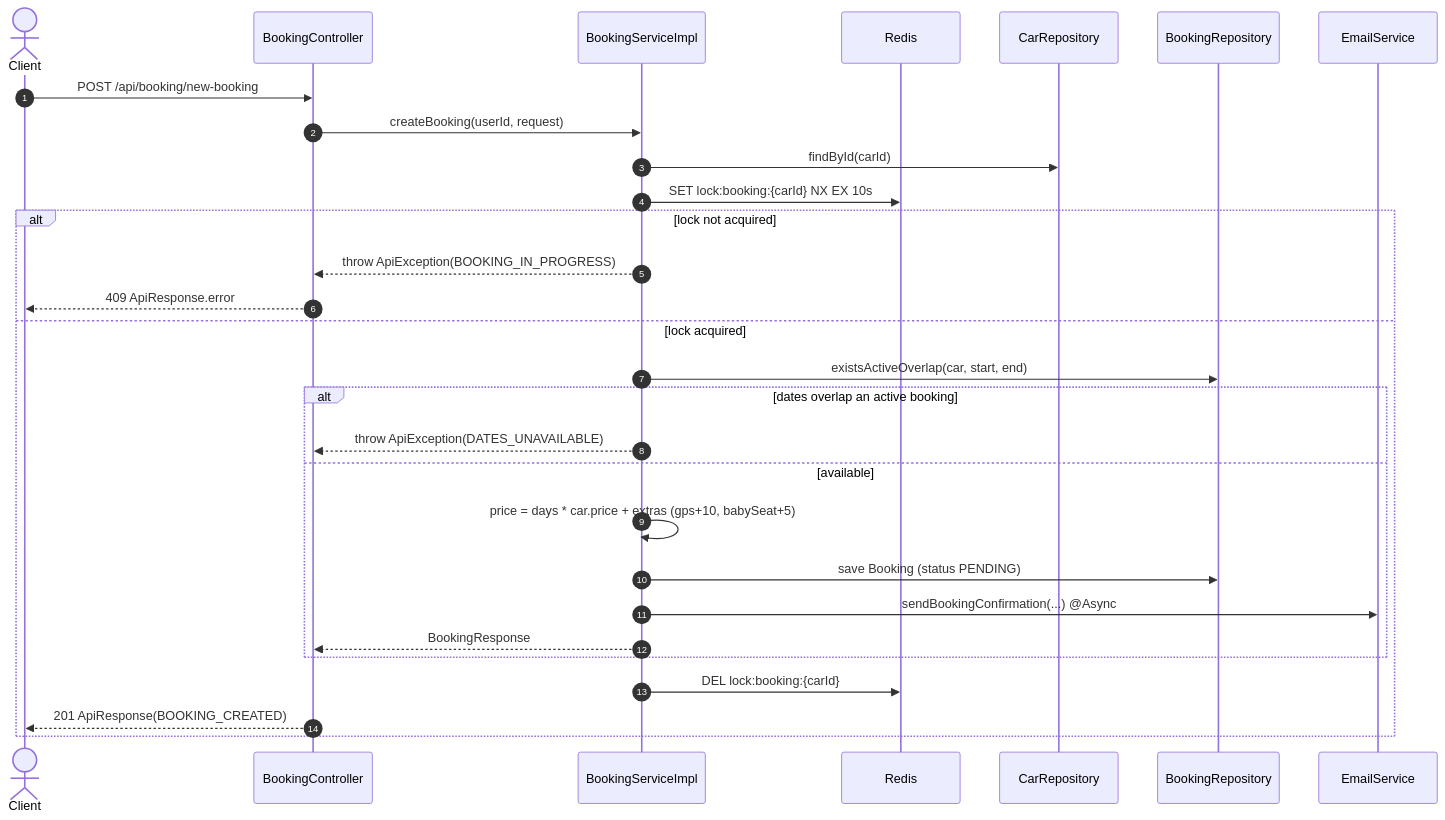
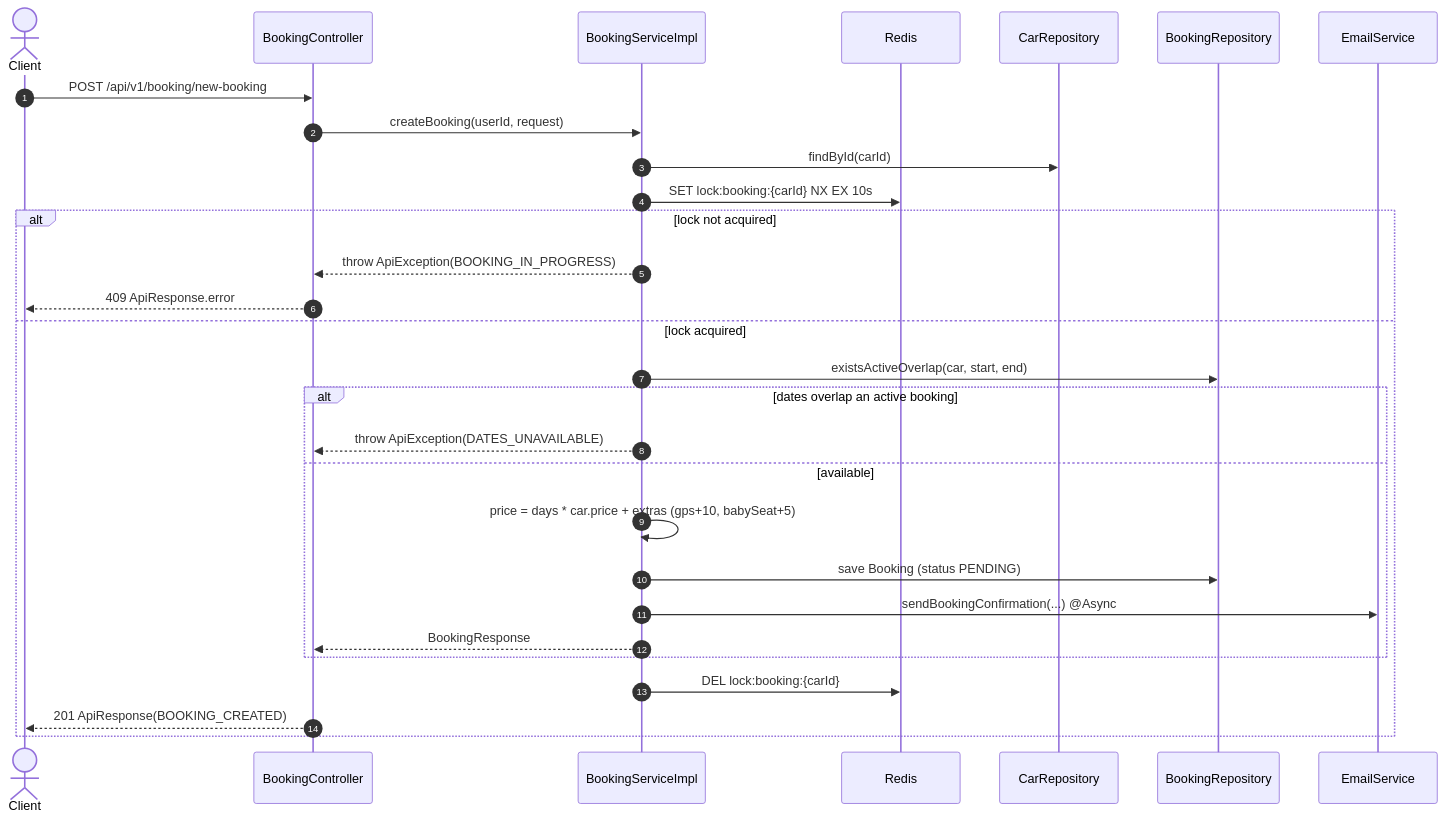
One commit to aman-q/spiring_car_hub- changed the fifth of 7 diagrams in ARCHITECTURE.md. Above: the diagram before and after it, drawn with Mermaid. The commit also changed other lines of this file and 34 other files, not shown here.

````diff
--- a/ARCHITECTURE.md
+++ b/ARCHITECTURE.md
@@ -288,32 +288,32 @@
 ```mermaid
 sequenceDiagram
     autonumber
     actor C as Client
     participant BC as BookingController
     participant BS as BookingServiceImpl
     participant R as Redis
     participant CR as CarRepository
     participant BR as BookingRepository
     participant ES as EmailService
 
-    C->>BC: POST /api/booking/new-booking
+    C->>BC: POST /api/v1/booking/new-booking
     BC->>BS: createBooking(userId, request)
     BS->>CR: findById(carId)
     BS->>R: SET lock:booking:{carId} NX EX 10s
     alt lock not acquired
         BS-->>BC: throw ApiException(BOOKING_IN_PROGRESS)
         BC-->>C: 409 ApiResponse.error
     else lock acquired
         BS->>BR: existsActiveOverlap(car, start, end)
         alt dates overlap an active booking
             BS-->>BC: throw ApiException(DATES_UNAVAILABLE)
         else available
             BS->>BS: price = days * car.price + extras (gps+10, babySeat+5)
             BS->>BR: save Booking (status PENDING)
             BS->>ES: sendBookingConfirmation(...) @Async
             BS-->>BC: BookingResponse
         end
         BS->>R: DEL lock:booking:{carId}
         BC-->>C: 201 ApiResponse(BOOKING_CREATED)
     end
 ```
````
